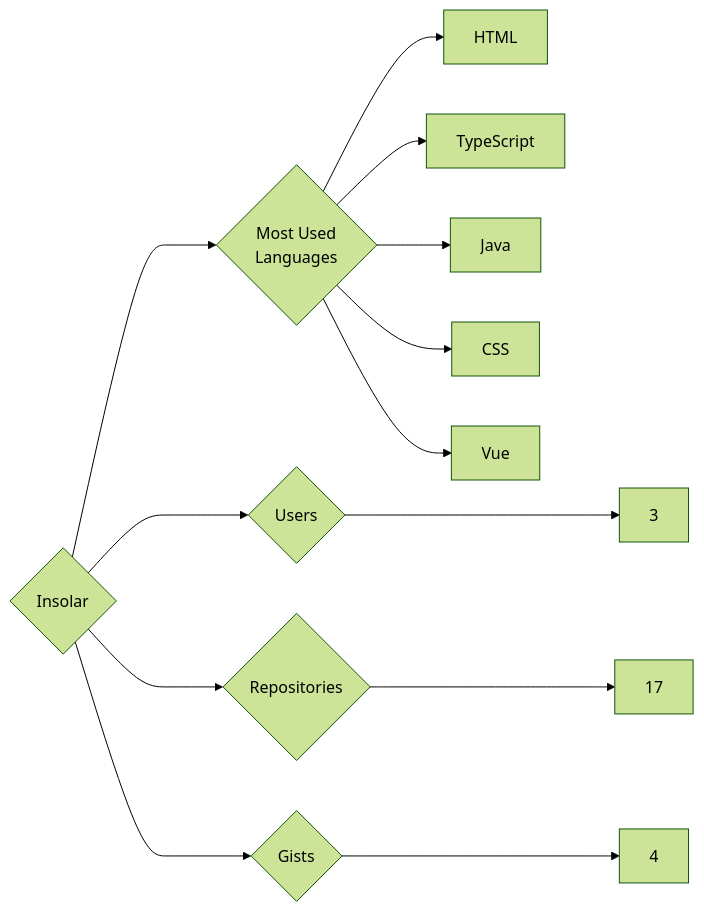
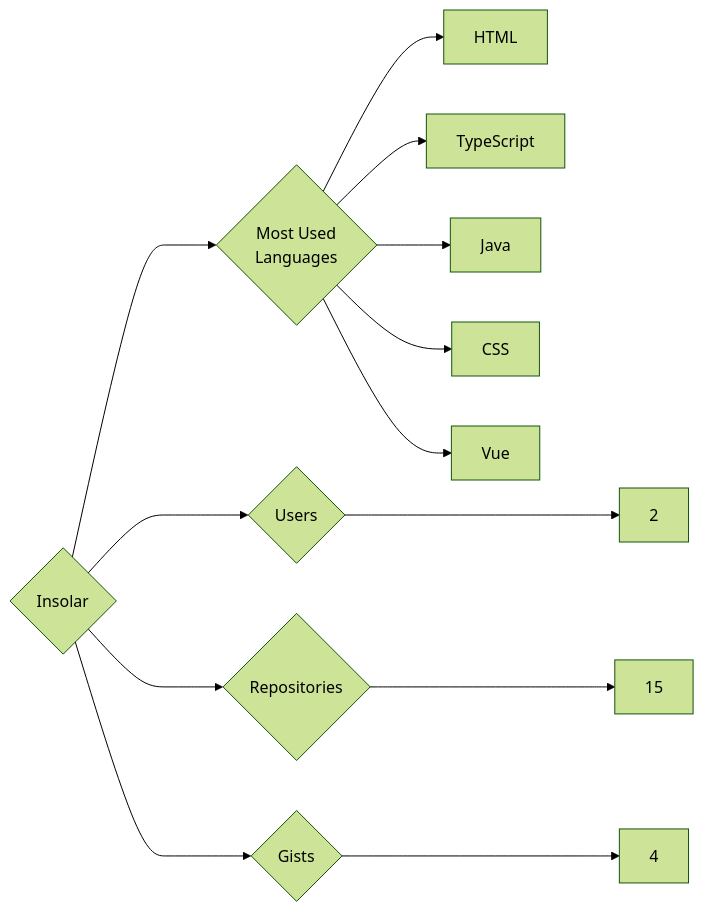
The diagram in targets/Insolar/README.md (trickest/insiders), drawn with Mermaid (forest theme) before and after one commit. The commit also changed 786 other files, not shown here.

````diff
--- a/targets/Insolar/README.md
+++ b/targets/Insolar/README.md
@@ -3,13 +3,13 @@
 ```mermaid
 graph LR
 COMPANY_NAME{Insolar}
-COMPANY_NAME ---> U{Users} ---> UN[3]
-COMPANY_NAME ---> R{Repositories} ---> RN[17]
+COMPANY_NAME ---> U{Users} ---> UN[2]
+COMPANY_NAME ---> R{Repositories} ---> RN[15]
 COMPANY_NAME ---> G{Gists} ---> GN[4]
 COMPANY_NAME ---> ML{Most Used<br>Languages}
 ML --> HTML[HTML]
 ML --> TypeScript[TypeScript]
 ML --> Java[Java]
 ML --> CSS[CSS]
 ML --> Vue[Vue]
 ```
````
